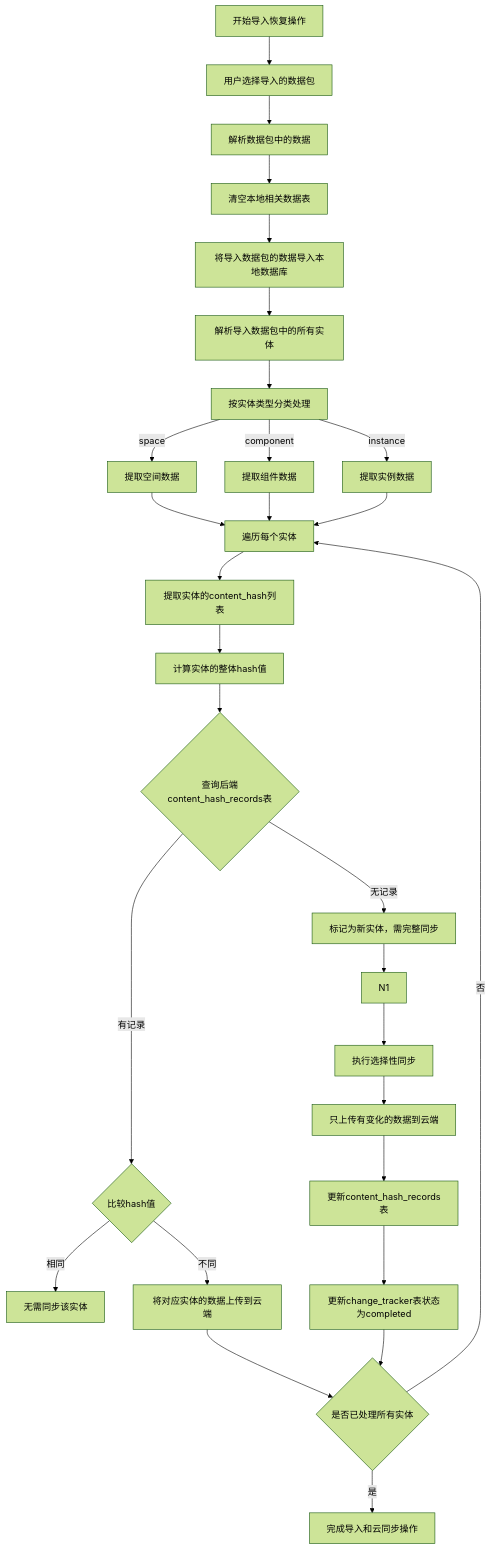
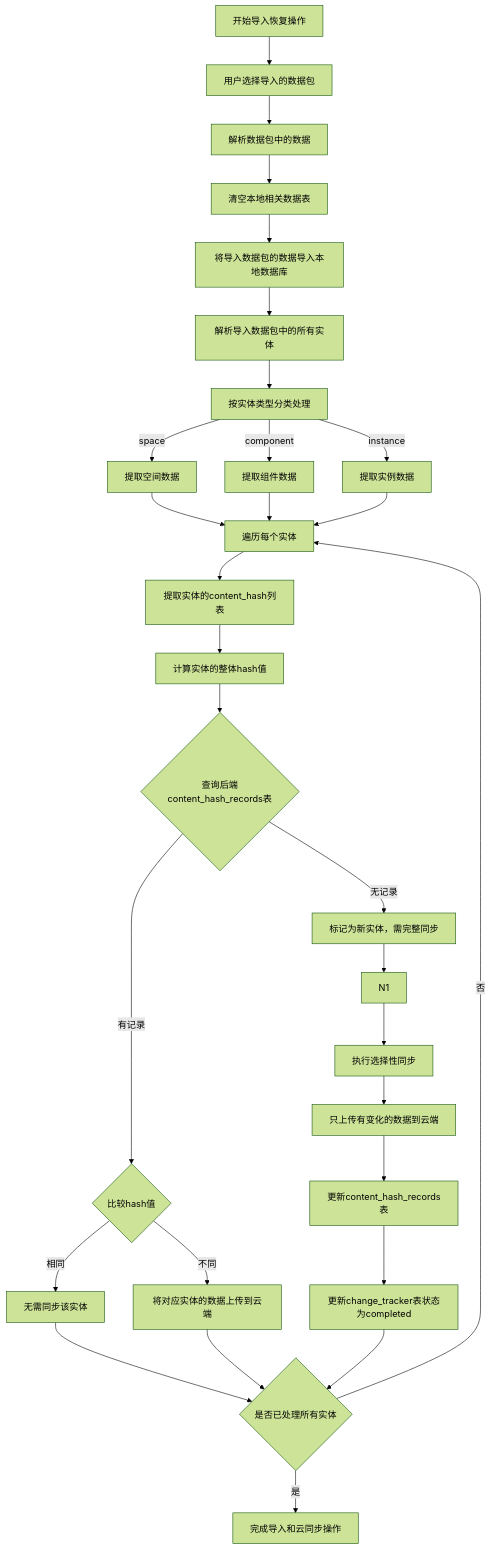
The diagram in all/未命名-44.md (yingjianzh/iodraw-files), drawn with Mermaid (forest theme) before and after one commit.

Commit message:
2025-04-27 11:38:31 update

````diff
--- a/all/未命名-44.md
+++ b/all/未命名-44.md
@@ -1,44 +1,44 @@
 ```mermaid
 flowchart TD
     A[开始导入恢复操作] --> B[用户选择导入的数据包]
     B --> C[解析数据包中的数据]
     
     C --> D[清空本地相关数据表]
     D --> E[将导入数据包的数据导入本地数据库]
     
     E --> F[解析导入数据包中的所有实体]
     F --> G[按实体类型分类处理]
     
     G -->|space| H1[提取空间数据]
     G -->|component| H2[提取组件数据]
     G -->|instance| H3[提取实例数据]
     
     H1 --> I[遍历每个实体]
     H2 --> I
     H3 --> I
     
     I --> J[提取实体的content_hash列表]
     J --> K[计算实体的整体hash值]
     
     K --> L{查询后端content_hash_records表}
     L -->|无记录| M1[标记为新实体，需完整同步]
     L -->|有记录| M2{比较hash值}
     
     M2 -->|相同| M3[无需同步该实体]
     M2 -->|不同| M4[将对应实体的数据上传到云端]
     
   
     M1 --> N1
     
     N1 --> O[执行选择性同步]
     O --> P[只上传有变化的数据到云端]
     
     P --> Q[更新content_hash_records表]
     Q --> R[更新change_tracker表状态为completed]
-    
+    M3 --> S{是否已处理所有实体}
     M4 --> S{是否已处理所有实体}
     R --> S
     
     S -->|否| I
     S -->|是| T[完成导入和云同步操作]
 ```
````
